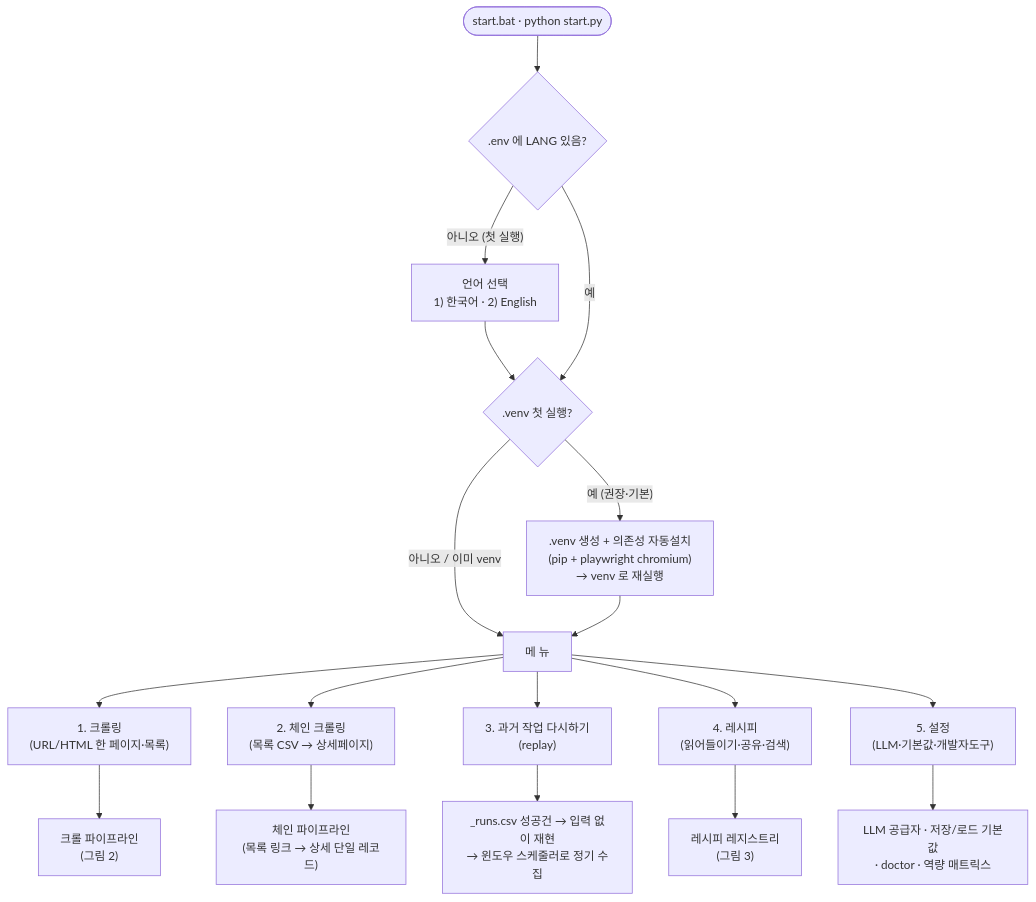
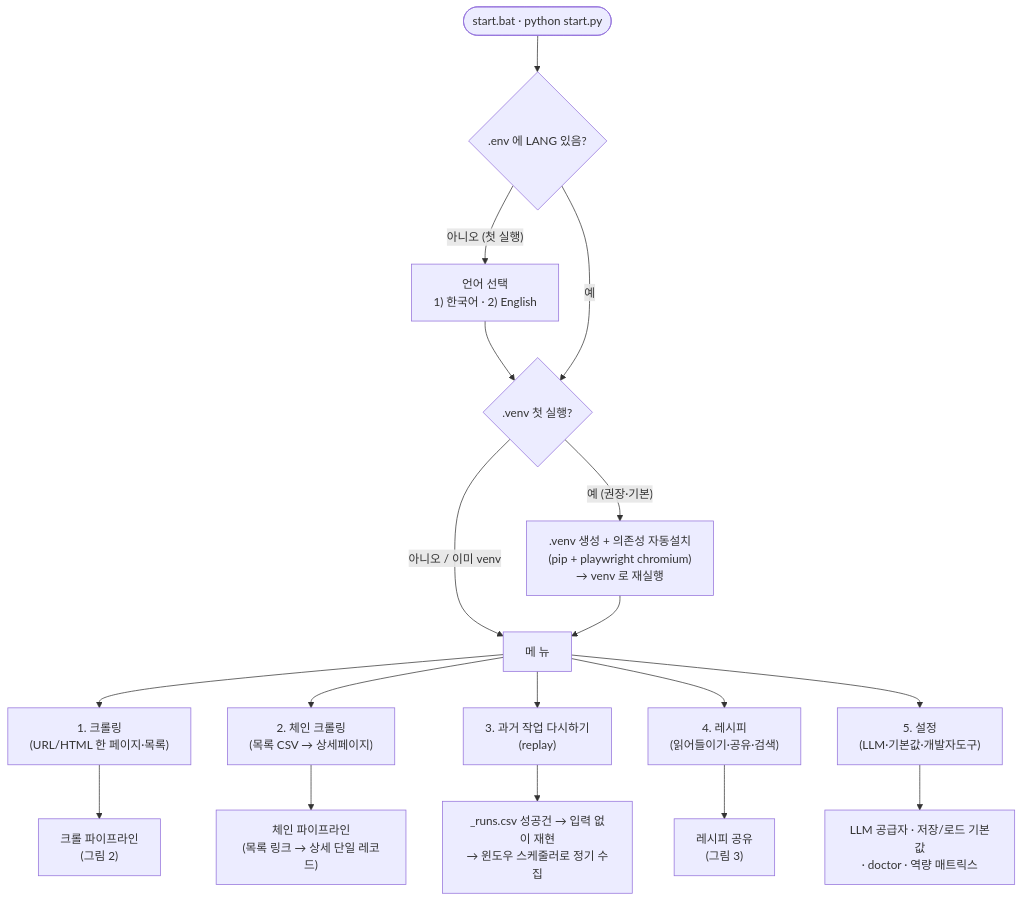
The first of 4 diagrams in _internal/docs/flowchart.md (Basearchio/Sovereign-Scraper), drawn with Mermaid before and after one commit. The commit also changed other lines of this file and 12 other files, not shown here.

````diff
--- a/_internal/docs/flowchart.md
+++ b/_internal/docs/flowchart.md
@@ -8,19 +8,19 @@
 ```mermaid
 flowchart TD
     Start(["start.bat · python start.py"]) --> Lang{".env 에 LANG 있음?"}
     Lang -- "아니오 (첫 실행)" --> AskLang["언어 선택<br/>1) 한국어 · 2) English"] --> Boot
     Lang -- "예" --> Boot{".venv 첫 실행?"}
     Boot -- "예 (권장·기본)" --> Venv[".venv 생성 + 의존성 자동설치<br/>(pip + playwright chromium)<br/>→ venv 로 재실행"]
     Boot -- "아니오 / 이미 venv" --> Menu["메 뉴"]
     Venv --> Menu
     Menu --> M1["1. 크롤링<br/>(URL/HTML 한 페이지·목록)"]
     Menu --> M2["2. 체인 크롤링<br/>(목록 CSV → 상세페이지)"]
     Menu --> M3["3. 과거 작업 다시하기<br/>(replay)"]
     Menu --> M4["4. 레시피<br/>(읽어들이기·공유·검색)"]
     Menu --> M5["5. 설정<br/>(LLM·기본값·개발자도구)"]
     M1 --> Crawl["크롤 파이프라인<br/>(그림 2)"]
     M2 --> Chain["체인 파이프라인<br/>(목록 링크 → 상세 단일 레코드)"]
     M3 --> Replay["_runs.csv 성공건 → 입력 없이 재현<br/>→ 윈도우 스케줄러로 정기 수집"]
-    M4 --> Reg["레시피 레지스트리<br/>(그림 3)"]
+    M4 --> Reg["레시피 공유<br/>(그림 3)"]
     M5 --> Set["LLM 공급자 · 저장/로드 기본값<br/>· doctor · 역량 매트릭스"]
 ```
````
